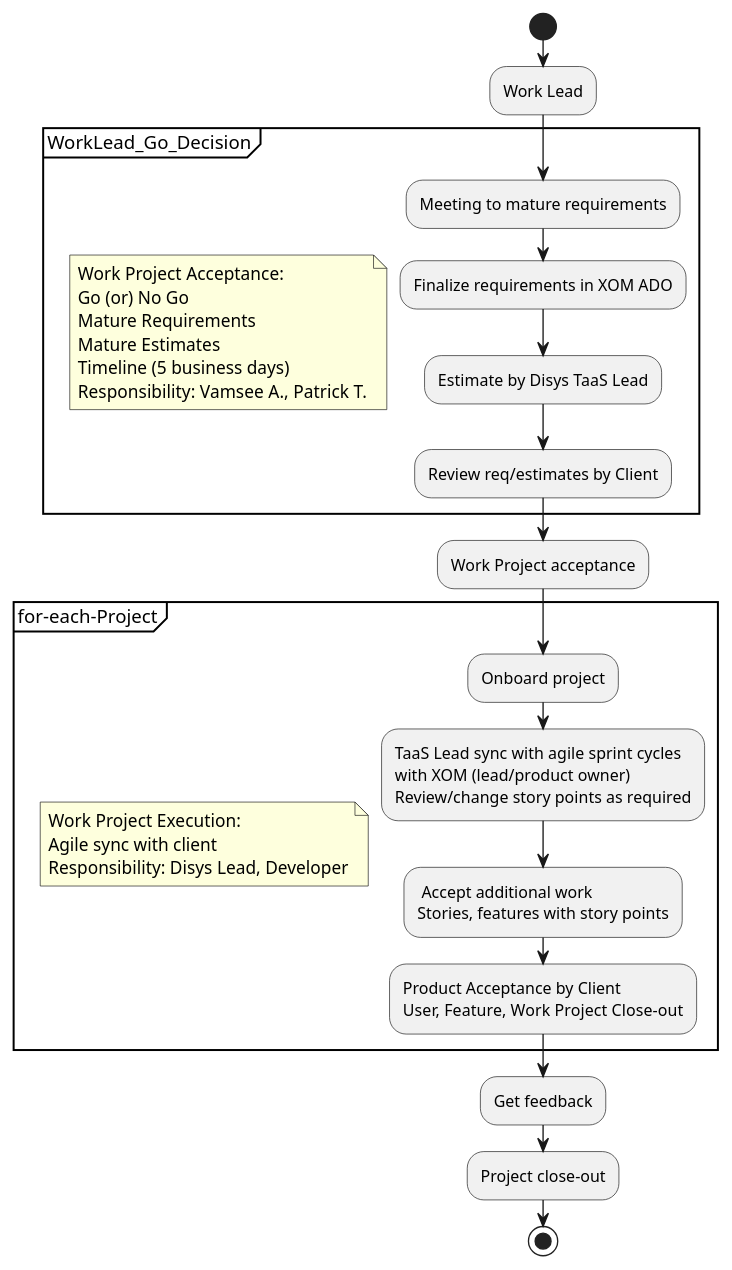
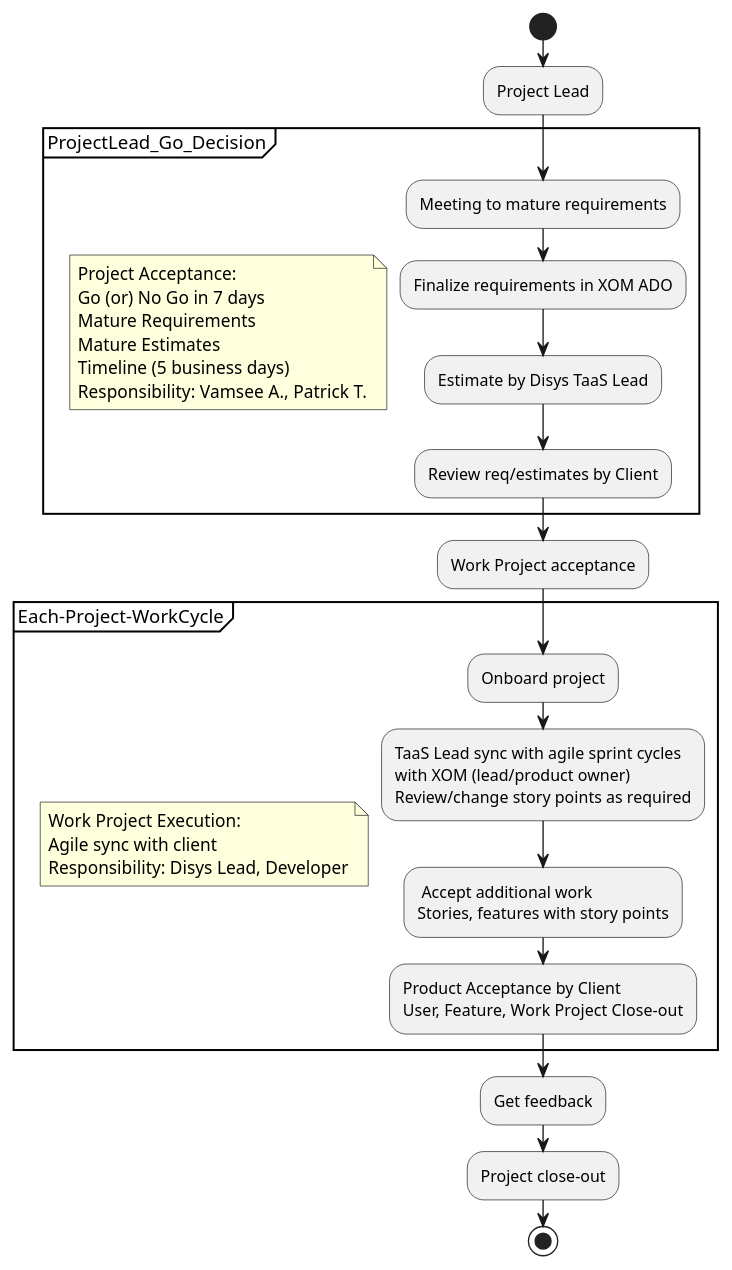
One commit to vamseeachanta/energy changed the diagram in tools/puml/project_process_workflow.puml. Above: the diagram before and after it, drawn with PlantUML. The commit also changed 1 other file, not shown here.

```diff
--- a/tools/puml/project_process_workflow.puml
+++ b/tools/puml/project_process_workflow.puml
@@ -1,47 +1,47 @@
 @startuml project_process_workflow
 start
-:Work Lead;
-partition WorkLead_Go_Decision {
+:Project Lead;
+partition ProjectLead_Go_Decision {
 
 note
-    Work Project Acceptance:
-    Go (or) No Go
+    Project Acceptance: 
+    Go (or) No Go in 7 days
     Mature Requirements
     Mature Estimates
     Timeline (5 business days)
     Responsibility: Vamsee A., Patrick T.
 end note
 
 :Meeting to mature requirements;
 :Finalize requirements in XOM ADO;
 :Estimate by Disys TaaS Lead;
 :Review req/estimates by Client;
 
 }
 
 :Work Project acceptance;
 
-partition for-each-Project {
+partition Each-Project-WorkCycle {
 
 note
     Work Project Execution:
     Agile sync with client
     Responsibility: Disys Lead, Developer
 end note
 
 :Onboard project;
 :TaaS Lead sync with agile sprint cycles
 with XOM (lead/product owner)
 Review/change story points as required;
 : Accept additional work
 Stories, features with story points;
 :Product Acceptance by Client
 User, Feature, Work Project Close-out;
 
 }
 
 :Get feedback;
 :Project close-out;
 
 stop
 @enduml
```
